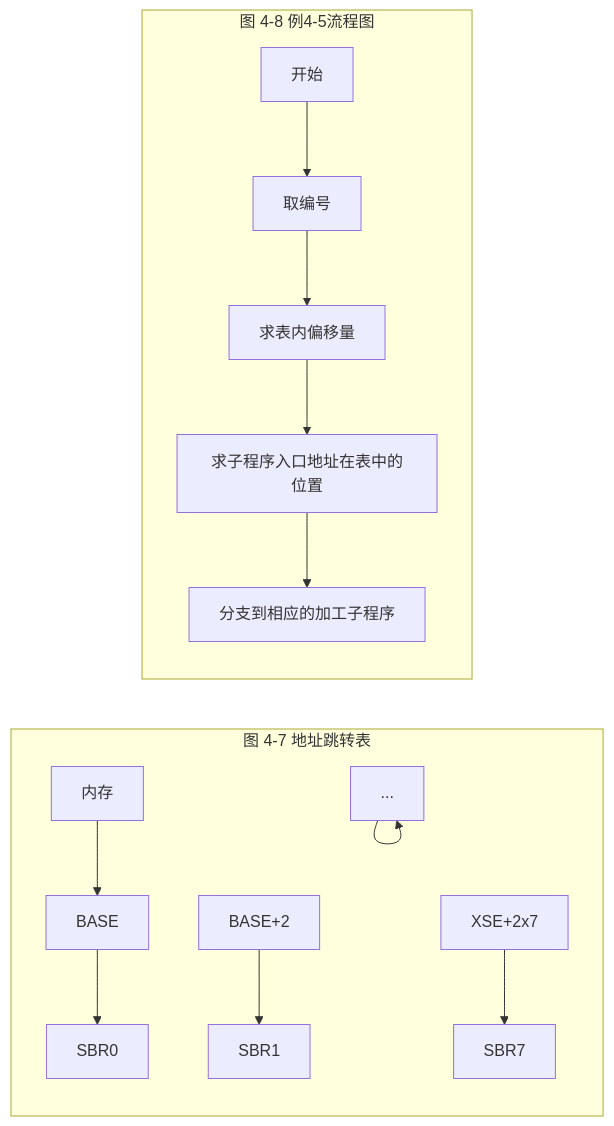
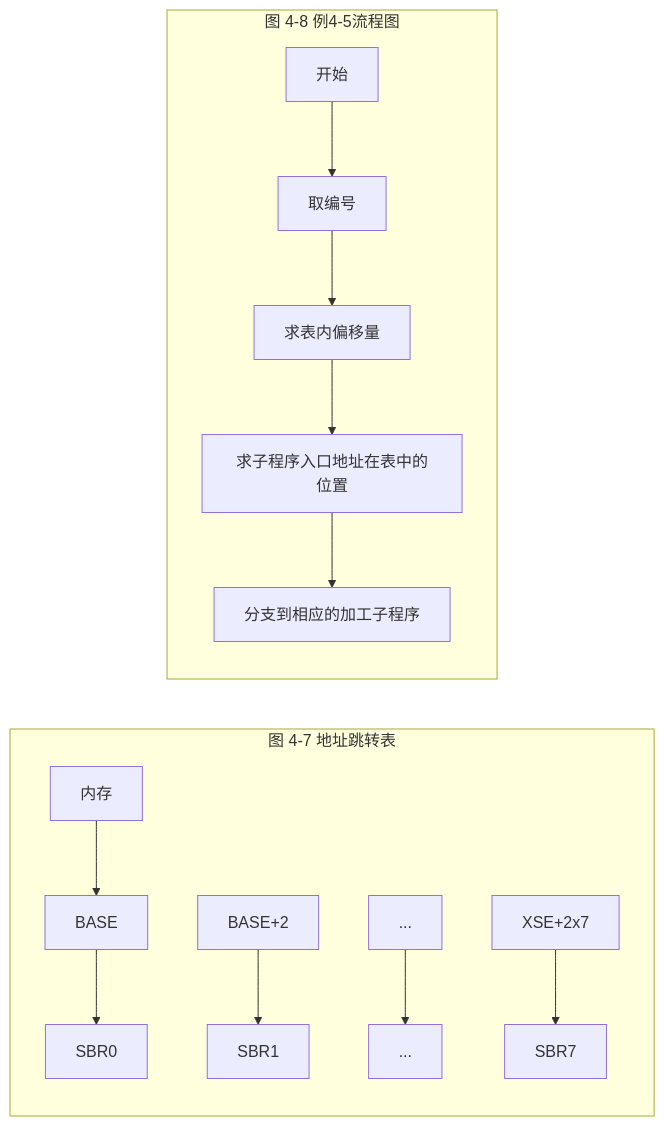
One commit to danlingdan/ComputerKnowledgeBase changed the fourth of 4 diagrams in 计算机系统/微机原理与接口技术B/04 汇编语言程序设计/04-04 顺序与分支程序设计.md. Above: the diagram before and after it, drawn with Mermaid. The commit also changed other lines of this file and 68 other files, not shown here.

````diff
--- a/计算机系统/微机原理与接口技术B/04 汇编语言程序设计/04-04 顺序与分支程序设计.md
+++ b/计算机系统/微机原理与接口技术B/04 汇编语言程序设计/04-04 顺序与分支程序设计.md
@@ -228,16 +240,16 @@
 ```mermaid
-graph LR
-    subgraph 图 4-7 地址跳转表
-        D1[内存] --> BASE
+flowchart LR
+    subgraph t1["图 4-7 地址跳转表"]
+        D1["内存"] --> BASE
         BASE --> SBR0
-        BASE+2 --> SBR1
-        ... --> ...
-        XSE+2x7 --> SBR7
+        BASE2["BASE+2"] --> SBR1
+        DOTS1["..."] --> DOTS2["..."]
+        XSE["XSE+2x7"] --> SBR7
     end
-    subgraph 图 4-8 例4-5流程图
-        A[开始] --> B[取编号]
-        B --> C[求表内偏移量]
-        C --> D[求子程序入口地址在表中的位置]
-        D --> E[分支到相应的加工子程序]
+    subgraph t2["图 4-8 例4-5流程图"]
+        A["开始"] --> B["取编号"]
+        B --> C["求表内偏移量"]
+        C --> D["求子程序入口地址在表中的位置"]
+        D --> E["分支到相应的加工子程序"]
     end
 ```
````
